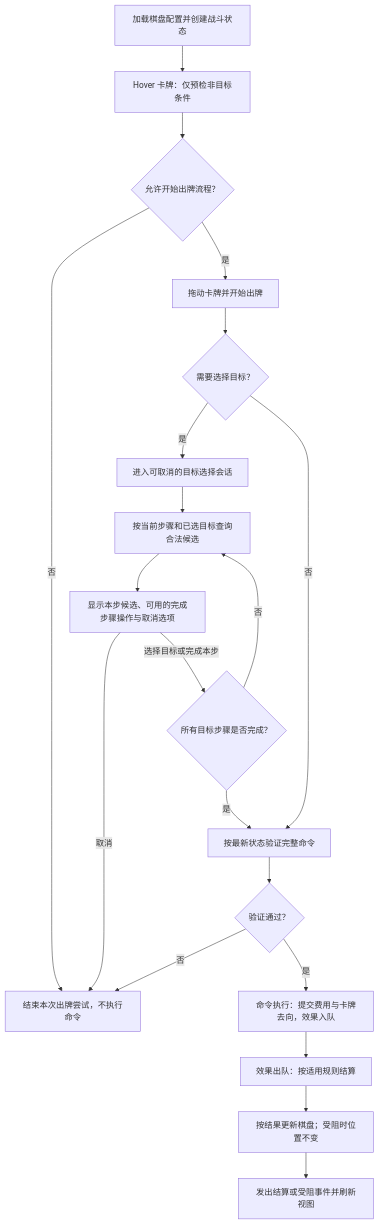
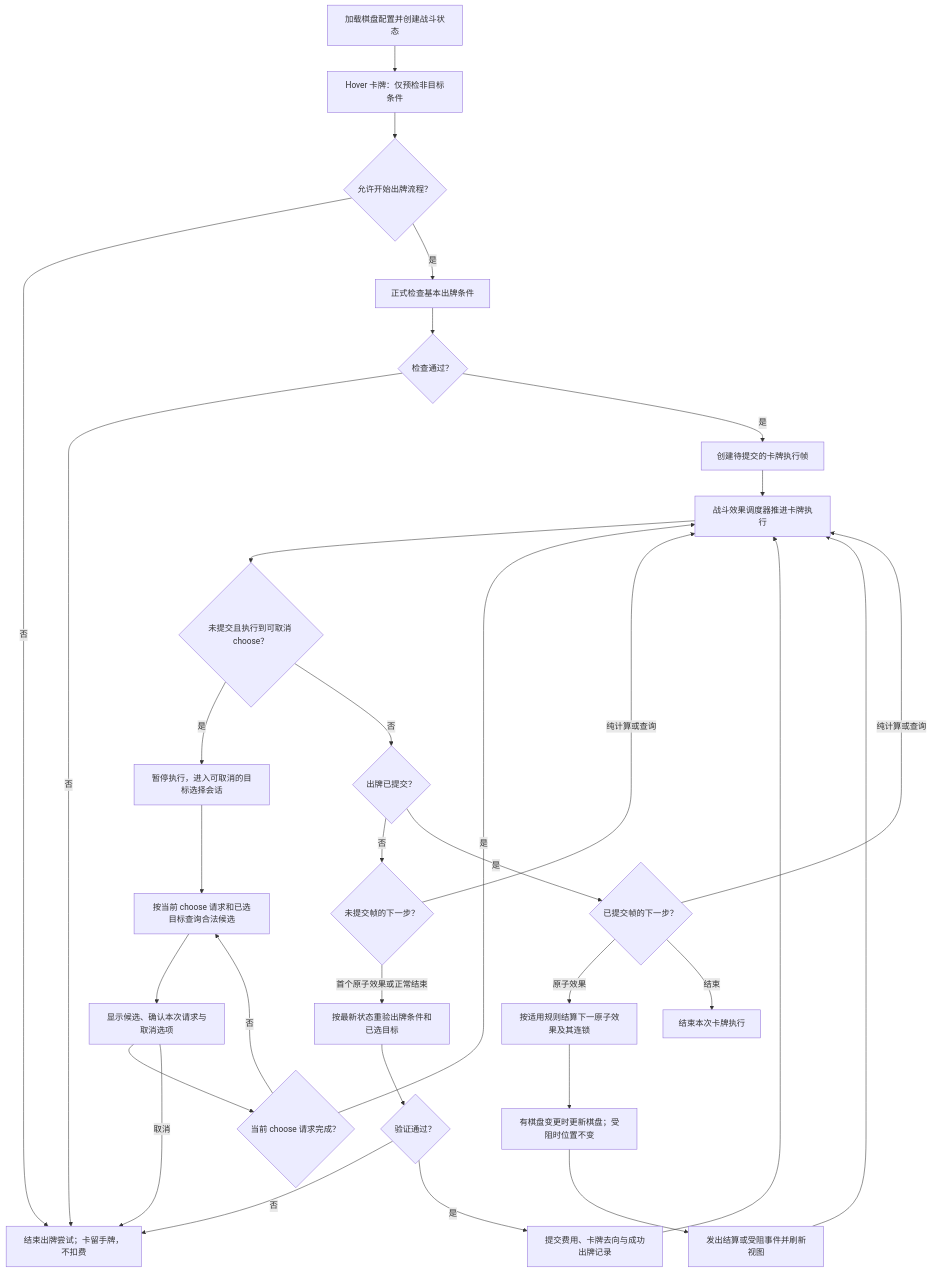
Before and after one commit to Ingenious-FanBlade/Project-Poly: the diagram in Docs/TDD/战斗系统/棋盘与坐标系统.md, drawn with Mermaid. The commit also changed other lines of this file and 15 other files, not shown here.

````diff
--- a/Docs/TDD/战斗系统/棋盘与坐标系统.md
+++ b/Docs/TDD/战斗系统/棋盘与坐标系统.md
@@ -64,32 +63,46 @@
 ```mermaid
 flowchart TD
     A[加载棋盘配置并创建战斗状态]
     B[Hover 卡牌：仅预检非目标条件]
     C{允许开始出牌流程？}
-    D[拖动卡牌并开始出牌]
-    E{需要选择目标？}
-    F[进入可取消的目标选择会话]
-    G[按当前步骤和已选目标查询合法候选]
-    H[显示本步候选、可用的完成步骤操作与取消选项]
-    I{所有目标步骤是否完成？}
-    J[按最新状态验证完整命令]
-    K{验证通过？}
-    L[命令执行：提交费用与卡牌去向，效果入队]
-    P[效果出队：按适用规则结算]
-    M[按结果更新棋盘；受阻时位置不变]
-    N[发出结算或受阻事件并刷新视图]
-    X[结束本次出牌尝试，不执行命令]
+    D[正式检查基本出牌条件]
+    E{检查通过？}
+    F[创建待提交的卡牌执行帧]
+    G[战斗效果调度器推进卡牌执行]
+    H{未提交且执行到可取消 choose？}
+    I[暂停执行，进入可取消的目标选择会话]
+    J[按当前 choose 请求和已选目标查询合法候选]
+    K[显示候选、确认本次请求与取消选项]
+    L{当前 choose 请求完成？}
+    M{未提交帧的下一步？}
+    N[按最新状态重验出牌条件和已选目标]
+    O{验证通过？}
+    P[提交费用、卡牌去向与成功出牌记录]
+    Q[按适用规则结算下一原子效果及其连锁]
+    R[有棋盘变更时更新棋盘；受阻时位置不变]
+    S[发出结算或受阻事件并刷新视图]
+    T{已提交帧的下一步？}
+    U[结束本次卡牌执行]
+    V{出牌已提交？}
+    X[结束出牌尝试；卡留手牌，不扣费]
 
     A --> B --> C
     C -- 否 --> X
     C -- 是 --> D --> E
+    E -- 否 --> X
     E -- 是 --> F --> G --> H
-    H -- 取消 --> X
-    H -- 选择目标或完成本步 --> I
-    I -- 否 --> G
-    I -- 是 --> J
-    E -- 否 --> J
-    J --> K
-    K -- 否 --> X
-    K -- 是 --> L --> P --> M --> N
+    H -- 是 --> I --> J --> K --> L
+    K -- 取消 --> X
+    L -- 否 --> J
+    L -- 是 --> G
+    H -- 否 --> V
+    V -- 否 --> M
+    M -- 纯计算或查询 --> G
+    M -- 首个原子效果或正常结束 --> N --> O
+    O -- 否 --> X
+    O -- 是 --> P --> G
+    V -- 是 --> T
+    T -- 原子效果 --> Q --> R --> S --> G
+    T -- 纯计算或查询 --> G
+    T -- 结束 --> U
 ```
````
